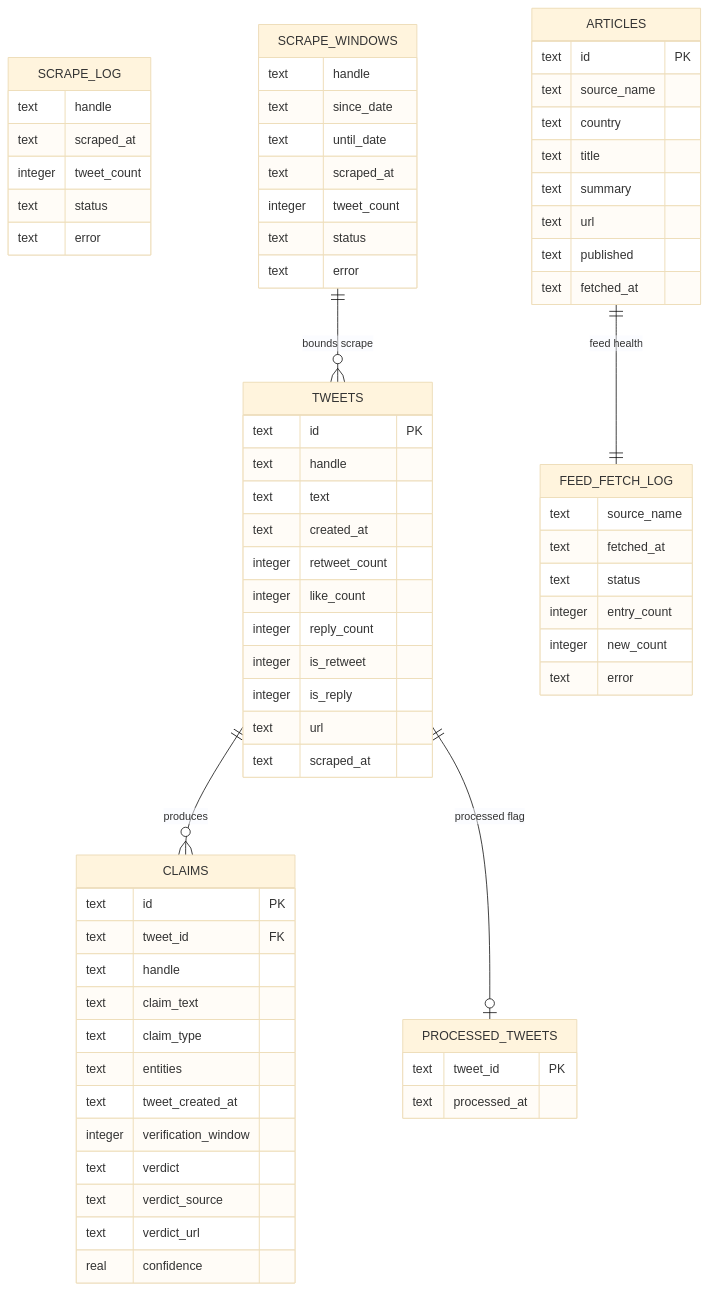
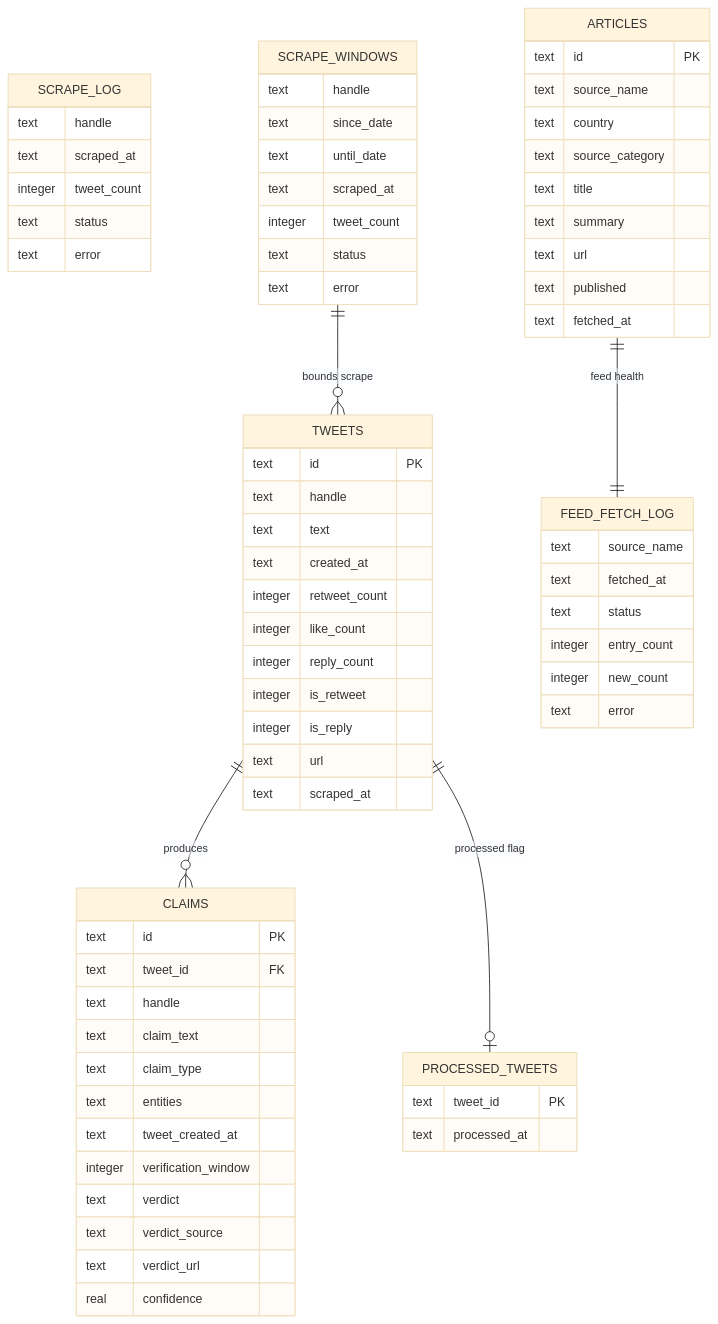
One commit to AsadullahBajwa/SourceRank changed the fifth of 7 diagrams in README.md. Above: the diagram before and after it, drawn with Mermaid (base theme). The commit also changed other lines of this file and 2 other files, not shown here.

Commit message:
Document source category taxonomy

````diff
--- a/README.md
+++ b/README.md
@@ -221,79 +221,80 @@
 ```mermaid
 erDiagram
     TWEETS {
         text id PK
         text handle
         text text
         text created_at
         integer retweet_count
         integer like_count
         integer reply_count
         integer is_retweet
         integer is_reply
         text url
         text scraped_at
     }
 
     SCRAPE_LOG {
         text handle
         text scraped_at
         integer tweet_count
         text status
         text error
     }
 
     SCRAPE_WINDOWS {
         text handle
         text since_date
         text until_date
         text scraped_at
         integer tweet_count
         text status
         text error
     }
 
     CLAIMS {
         text id PK
         text tweet_id FK
         text handle
         text claim_text
         text claim_type
         text entities
         text tweet_created_at
         integer verification_window
         text verdict
         text verdict_source
         text verdict_url
         real confidence
     }
 
     PROCESSED_TWEETS {
         text tweet_id PK
         text processed_at
     }
 
     ARTICLES {
         text id PK
         text source_name
         text country
+        text source_category
         text title
         text summary
         text url
         text published
         text fetched_at
     }
 
     FEED_FETCH_LOG {
         text source_name
         text fetched_at
         text status
         integer entry_count
         integer new_count
         text error
     }
 
     TWEETS ||--o{ CLAIMS : "produces"
     TWEETS ||--o| PROCESSED_TWEETS : "processed flag"
     SCRAPE_WINDOWS ||--o{ TWEETS : "bounds scrape"
     ARTICLES ||--|| FEED_FETCH_LOG : "feed health"
 ```
````
